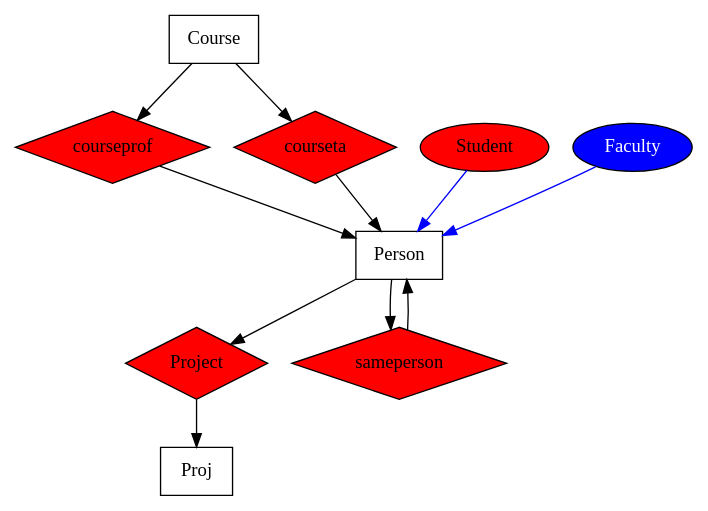
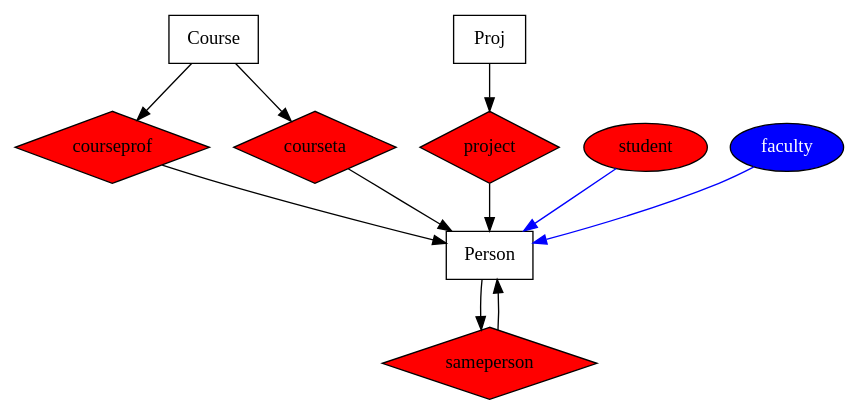
Before and after one commit to harshakokel/JA-Walk-ER: the diagram in diagrams/webkb.dot, drawn with Graphviz. The commit also changed 7 other files, not shown here.

```diff
--- a/diagrams/webkb.dot
+++ b/diagrams/webkb.dot
@@ -1,48 +1,48 @@
 digraph G {
     style="filled";
     edge [comment="Wildcard node added automatic in EG."];
     node [comment="Wildcard node added automatic in EG."];
     "Course" [shape="box"];
     "Person" [shape="box"];
-    "Project" [width="0.5", 
+    "project" [width="0.5", 
                style="filled", 
                orientation="45.0", 
                shape="polygon", 
                fillcolor="red", 
                height="0.75"];
-    "Student" [style="filled", 
+    "student" [style="filled", 
                fillcolor="red"];
     "courseprof" [width="0.5", 
                   style="filled", 
                   orientation="45.0", 
-                  distortion="0.0", 
+                  height="0.75", 
                   shape="polygon", 
                   fillcolor="red", 
-                  height="0.75"];
-    "courseta" [height="0.75", 
+                  distortion="0.0"];
+    "courseta" [orientation="45.0", 
                 shape="polygon", 
                 style="filled", 
-                orientation="45.0", 
-                fillcolor="red"];
+                fillcolor="red", 
+                height="0.75"];
     "Proj" [shape="box"];
-    "sameperson" [height="0.75", 
+    "sameperson" [orientation="45.0", 
                   shape="polygon", 
                   style="filled", 
-                  orientation="45.0", 
-                  fillcolor="red"];
+                  fillcolor="red", 
+                  height="0.75"];
     "Person" -> "sameperson";
     "sameperson" -> "Person";
-    "Person" -> "Project";
-    "Project" -> "Proj";
-    "Student" -> "Person"  [color="blue", 
+    "project" -> "Person";
+    "Proj" -> "project";
+    "student" -> "Person"  [color="blue", 
                             style="solid"];
     "Course" -> "courseta";
     "courseta" -> "Person";
     "Course" -> "courseprof";
     "courseprof" -> "Person";
-    "Faculty" [fontcolor="white", 
+    "faculty" [fontcolor="white", 
                shape="ellipse", 
                style="filled", 
                fillcolor="blue"];
-    "Faculty" -> "Person"  [color="blue"];
+    "faculty" -> "Person"  [color="blue"];
 }
```
